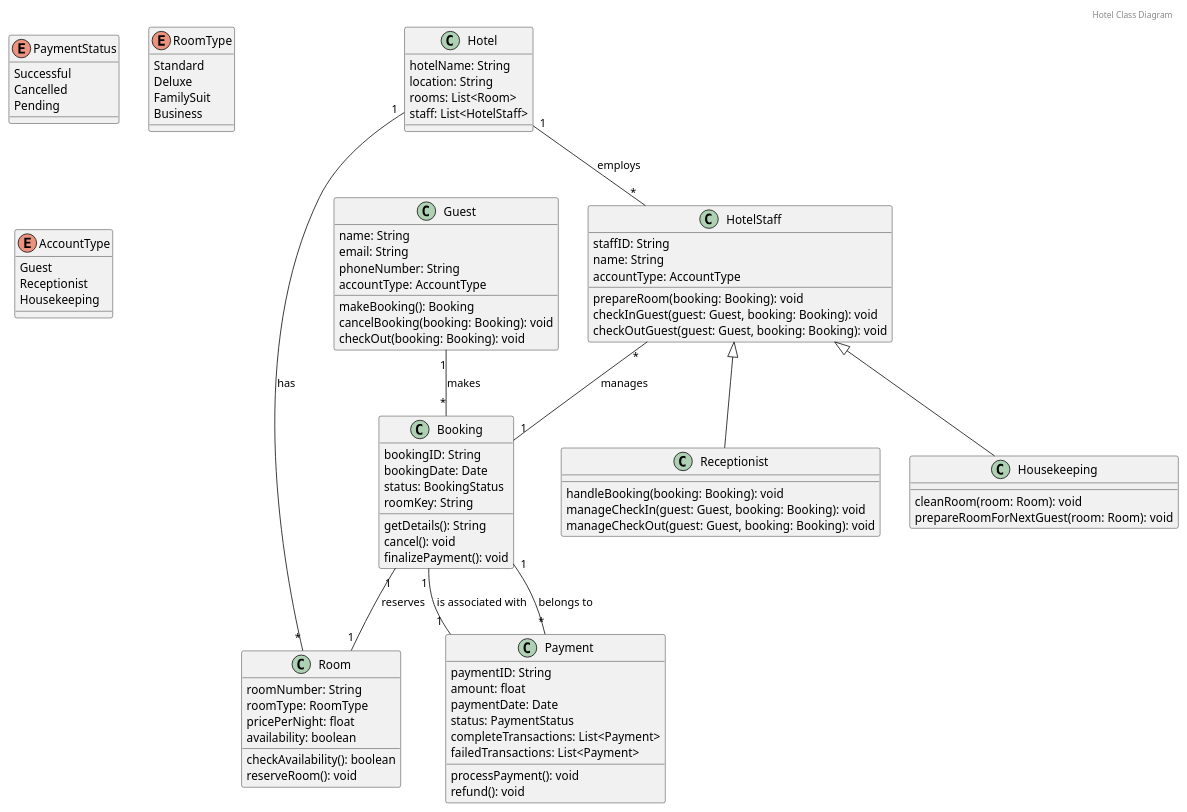
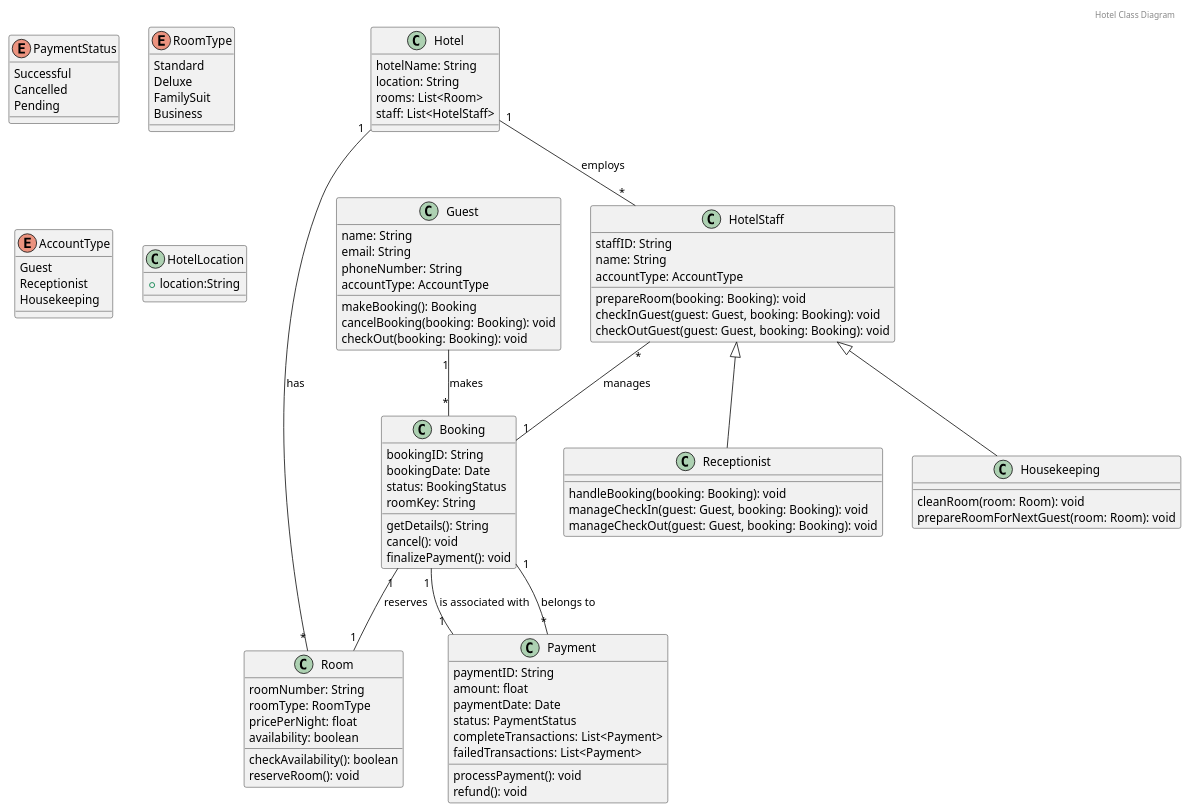
Before and after one commit to Piyush-cateina/Plantuml: the diagram in hotel_class.puml, drawn with PlantUML.

Commit message:
Added on class for location

```diff
--- a/hotel_class.puml
+++ b/hotel_class.puml
@@ -1,104 +1,107 @@
 @startuml
 
 header Hotel Class Diagram
 
 enum PaymentStatus {
     Successful
     Cancelled
     Pending
 }
 
 enum RoomType {
     Standard
     Deluxe
     FamilySuit
     Business
 }
 
 enum AccountType {
     Guest
     Receptionist
     Housekeeping
 }
 
-
+class HotelLocation
+{
+    +location:String
+} 
 class Hotel {
     hotelName: String
     location: String
     rooms: List<Room>
     staff: List<HotelStaff>
 }
 
 class Room {
     roomNumber: String
     roomType: RoomType
     pricePerNight: float
     availability: boolean
     checkAvailability(): boolean
     reserveRoom(): void
 }
 
 
 class Guest {
     name: String
     email: String
     phoneNumber: String
     accountType: AccountType
     makeBooking(): Booking
     cancelBooking(booking: Booking): void
     checkOut(booking: Booking): void
 }
 
 class Booking {
     bookingID: String
     bookingDate: Date
     status: BookingStatus
     roomKey: String
     getDetails(): String
     cancel(): void
     finalizePayment(): void
 }
 
 
 class Payment {
     paymentID: String
     amount: float
     paymentDate: Date
     status: PaymentStatus
     processPayment(): void
     refund(): void
     completeTransactions: List<Payment>
     failedTransactions: List<Payment>
 }
 
 class HotelStaff {
     staffID: String
     name: String
     accountType: AccountType
     prepareRoom(booking: Booking): void
     checkInGuest(guest: Guest, booking: Booking): void
     checkOutGuest(guest: Guest, booking: Booking): void
 }
 
 class Receptionist {
     handleBooking(booking: Booking): void
     manageCheckIn(guest: Guest, booking: Booking): void
     manageCheckOut(guest: Guest, booking: Booking): void
 }
 
 class Housekeeping {
     cleanRoom(room: Room): void
     prepareRoomForNextGuest(room: Room): void
 }
 
 
 Hotel "1" -- "*" Room: has
 Hotel "1" -- "*" HotelStaff: employs
 HotelStaff <|-- Receptionist
 HotelStaff <|-- Housekeeping
 Guest "1" -- "*" Booking: makes
 Booking "1" -- "1" Room: reserves
 Booking "1" -- "1" Payment: is associated with
 HotelStaff "*" -- "1" Booking: manages
 Payment "*" -- "1" Booking: belongs to
 @enduml
```
